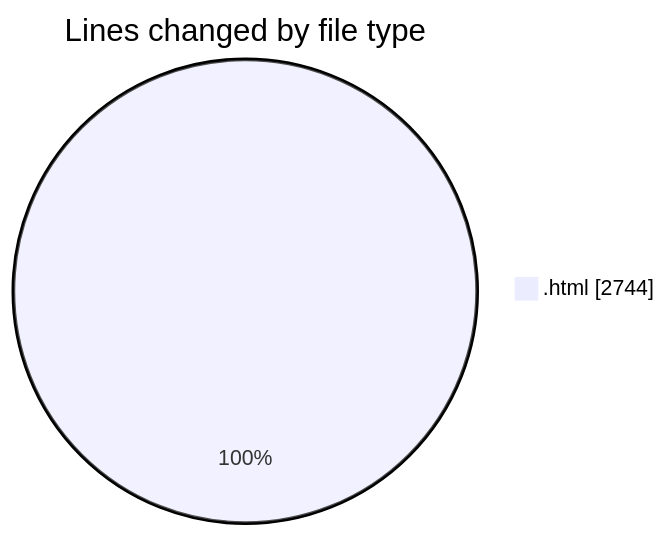
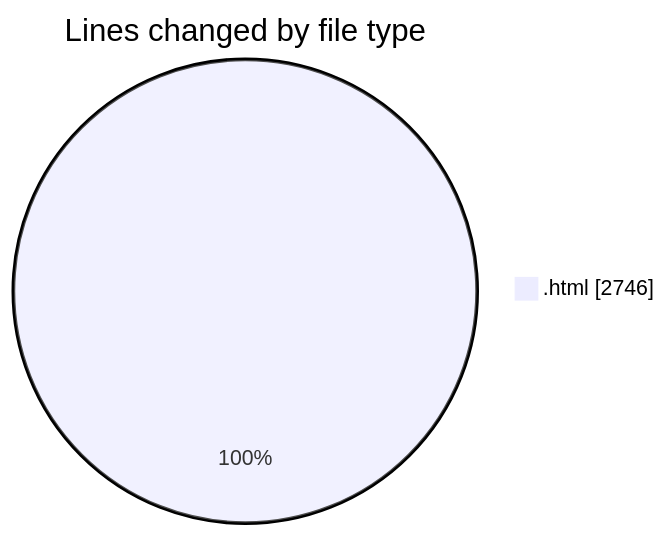
Before and after one commit to Ritupan-Deka/code-tracking: the first of 2 diagrams in 2025-02-15/0starter_files/README.md, drawn with Mermaid. The commit also changed other lines of this file and 1 other file, not shown here.

````diff
--- a/2025-02-15/0starter_files/README.md
+++ b/2025-02-15/0starter_files/README.md
@@ -20,5 +20,5 @@
 ```mermaid
 pie showData
 title Lines changed by file type
-".html" : 2744
+".html" : 2746
 ```
````
